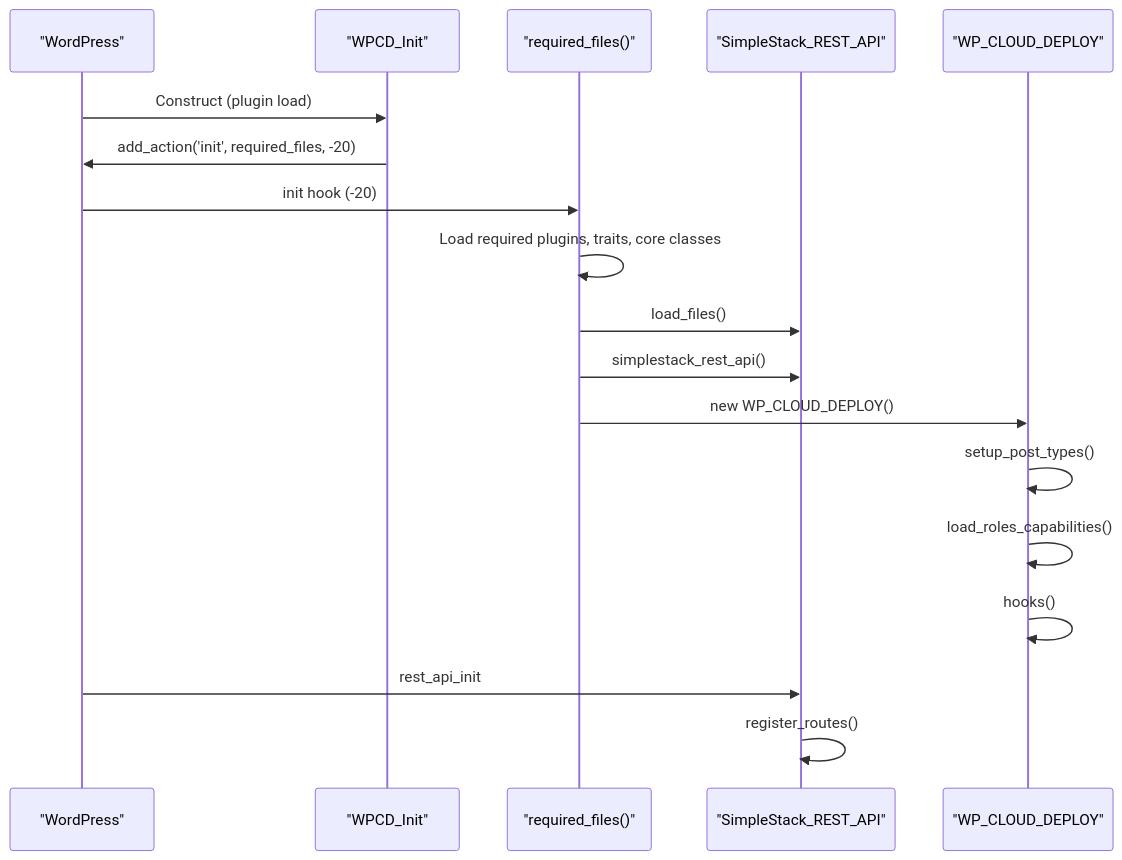
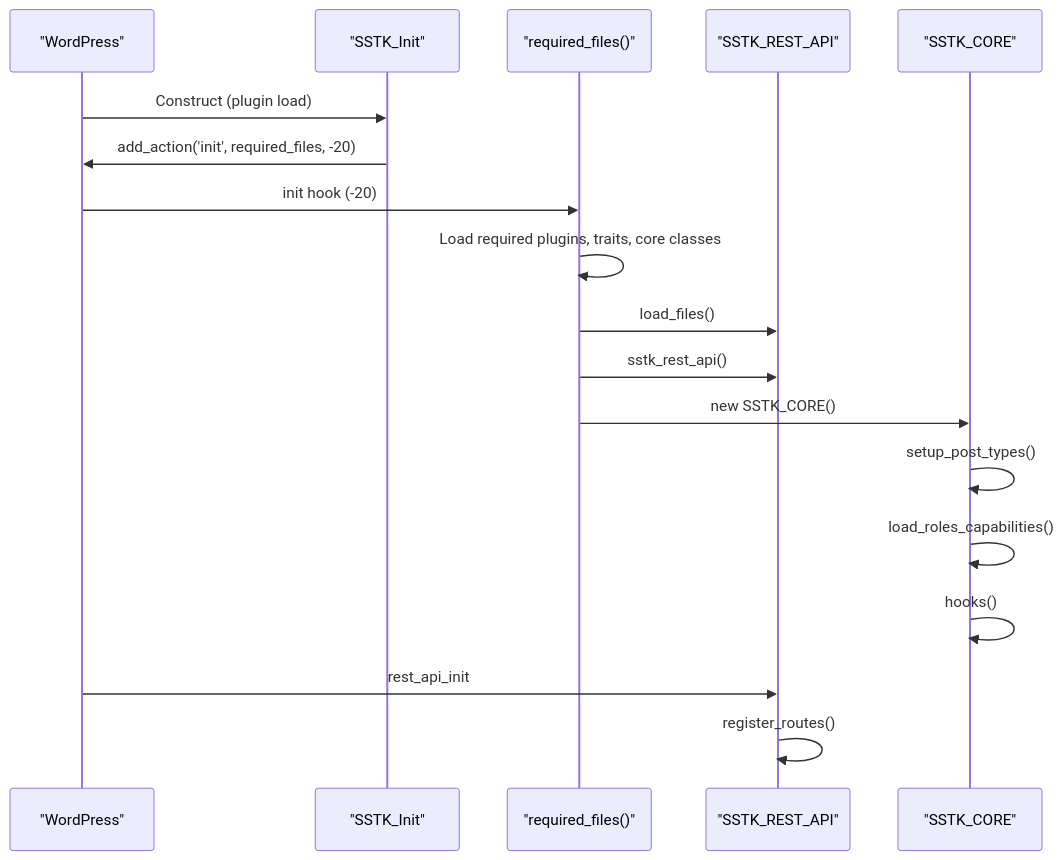
The second of 5 diagrams in .qoder/repowiki/en/content/Core Components/Plugin Bootstrap & Initialization.md (onedogsolutions/simple-stack), drawn with Mermaid before and after one commit. The commit also changed other lines of this file and 5941 other files, not shown here.

First line of the commit message:
refactor(core): rebrand WPCloudDeploy to Simple Stack with new namespaces and prefixes

````diff
--- a/.qoder/repowiki/en/content/Core Components/Plugin Bootstrap & Initialization.md
+++ b/.qoder/repowiki/en/content/Core Components/Plugin Bootstrap & Initialization.md
@@ -78,20 +78,20 @@
 ```mermaid
 sequenceDiagram
 participant WP as "WordPress"
-participant Init as "WPCD_Init"
+participant Init as "SSTK_Init"
 participant Loader as "required_files()"
-participant REST as "SimpleStack_REST_API"
-participant Main as "WP_CLOUD_DEPLOY"
+participant REST as "SSTK_REST_API"
+participant Main as "SSTK_CORE"
 WP->>Init : Construct (plugin load)
 Init->>WP : add_action('init', required_files, -20)
 WP->>Loader : init hook (-20)
 Loader->>Loader : Load required plugins, traits, core classes
 Loader->>REST : load_files()
-Loader->>REST : simplestack_rest_api()
-Loader->>Main : new WP_CLOUD_DEPLOY()
+Loader->>REST : sstk_rest_api()
+Loader->>Main : new SSTK_CORE()
 Main->>Main : setup_post_types()
 Main->>Main : load_roles_capabilities()
 Main->>Main : hooks()
 WP->>REST : rest_api_init
 REST->>REST : register_routes()
 ```
````
